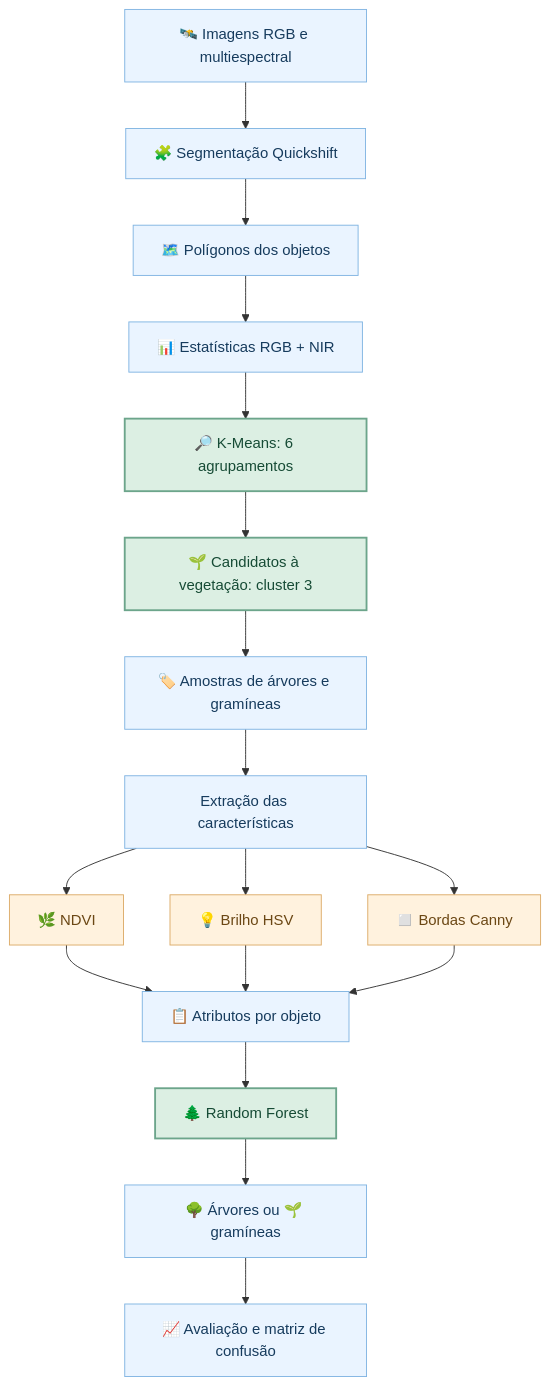
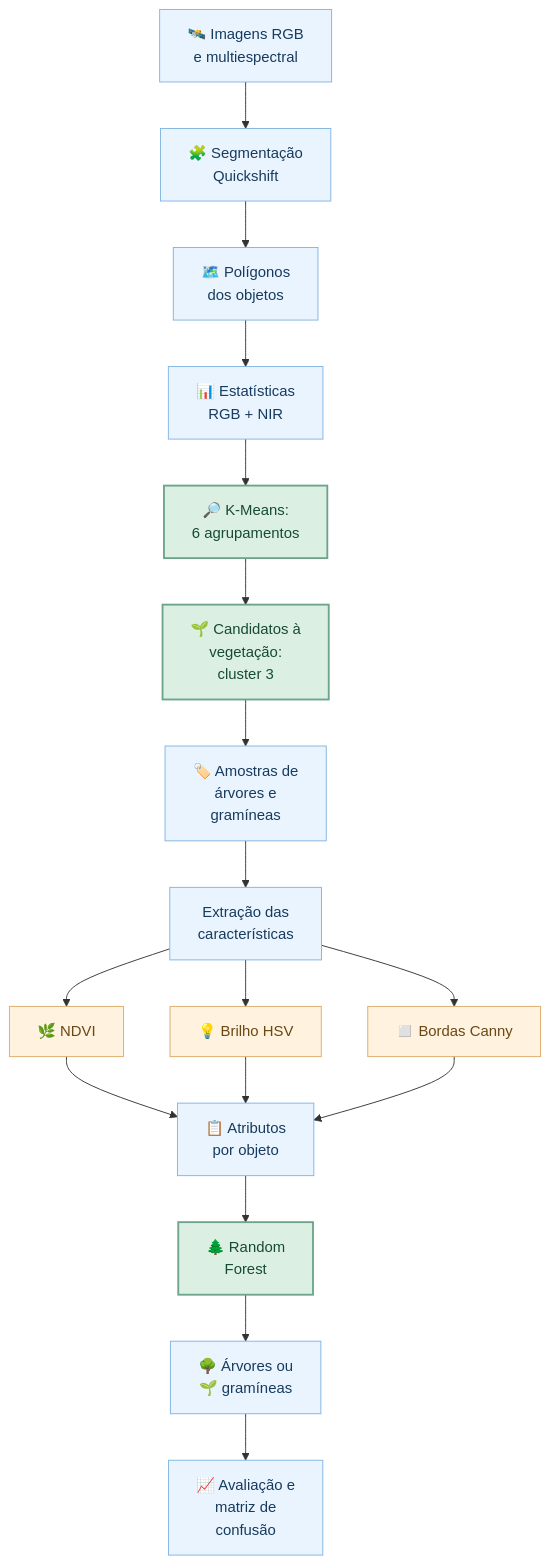
The first of 5 diagrams in README.md (BrenoBragaGalvao/mestrado-arvores-urbanas), drawn with Mermaid before and after one commit. The commit also changed other lines of this file, not shown here.

Commit message:
fix(readme): quebrar labels de todos os fluxogramas Mermaid para evitar texto cortado

````diff
--- a/README.md
+++ b/README.md
@@ -39,26 +39,26 @@
 ```mermaid
 flowchart TD
-    A["🛰️ Imagens RGB e multiespectral"] --> B["🧩 Segmentação Quickshift"]
-    B --> C["🗺️ Polígonos dos objetos"]
-    C --> D["📊 Estatísticas RGB + NIR"]
-    D --> E["🔎 K-Means: 6 agrupamentos"]
-    E --> F["🌱 Candidatos à vegetação: cluster 3"]
-    F --> G["🏷️ Amostras de árvores e gramíneas"]
-    G --> H["Extração das características"]
+    A["🛰️ Imagens RGB<br/>e multiespectral"] --> B["🧩 Segmentação<br/>Quickshift"]
+    B --> C["🗺️ Polígonos<br/>dos objetos"]
+    C --> D["📊 Estatísticas<br/>RGB + NIR"]
+    D --> E["🔎 K-Means:<br/>6 agrupamentos"]
+    E --> F["🌱 Candidatos à<br/>vegetação:<br/>cluster 3"]
+    F --> G["🏷️ Amostras de<br/>árvores e<br/>gramíneas"]
+    G --> H["Extração das<br/>características"]
     H --> I["🌿 NDVI"]
     H --> J["💡 Brilho HSV"]
     H --> K["◻️ Bordas Canny"]
-    I --> L["📋 Atributos por objeto"]
+    I --> L["📋 Atributos<br/>por objeto"]
     J --> L
     K --> L
-    L --> M["🌲 Random Forest"]
-    M --> N["🌳 Árvores ou 🌱 gramíneas"]
-    N --> O["📈 Avaliação e matriz de confusão"]
+    L --> M["🌲 Random<br/>Forest"]
+    M --> N["🌳 Árvores ou<br/>🌱 gramíneas"]
+    N --> O["📈 Avaliação e<br/>matriz de<br/>confusão"]
 
     classDef entrada fill:#eaf4ff,stroke:#80b4e2,color:#163b5d,stroke-width:1px;
     classDef destaque fill:#dcefe3,stroke:#6ca58b,color:#164b35,stroke-width:2px;
     classDef recurso fill:#fff2de,stroke:#dcab68,color:#6b4714,stroke-width:1px;
     class A,B,C,D,G,H,L,N,O entrada;
     class E,F,M destaque;
     class I,J,K recurso;
 ```
````
